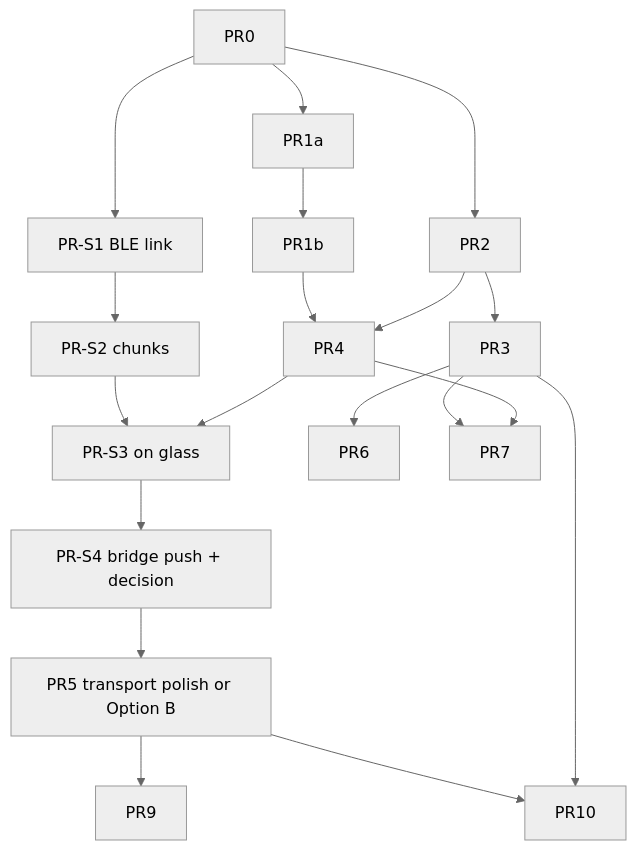
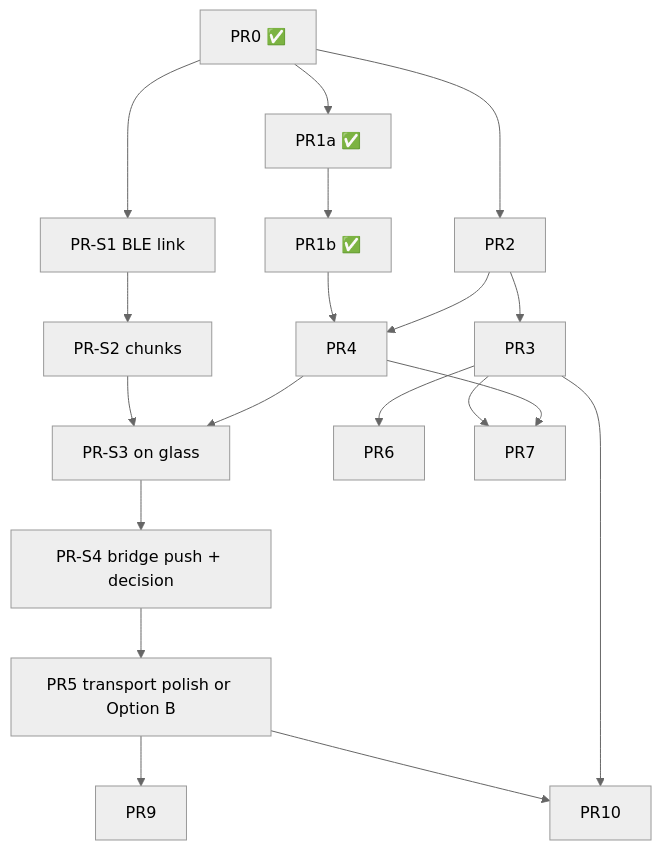
Before and after one commit to bakkerme/agent-control-deck: the third of 3 diagrams in docs/mvp-product-design.md, drawn with Mermaid (neutral theme). The commit also changed other lines of this file, not shown here.

````diff
--- a/docs/mvp-product-design.md
+++ b/docs/mvp-product-design.md
@@ -1204,20 +1213,20 @@
 ```mermaid
 flowchart TD
-  PR0 --> PR1a --> PR1b
+  PR0[PR0 ✅] --> PR1a[PR1a ✅] --> PR1b[PR1b ✅]
   PR0 --> PR2
   PR0 --> PRS1[PR-S1 BLE link]
   PRS1 --> PRS2[PR-S2 chunks]
   PR1b --> PR4
   PR2 --> PR4
   PR2 --> PR3
   PRS2 --> PRS3[PR-S3 on glass]
   PR4 --> PRS3
   PRS3 --> PRS4[PR-S4 bridge push + decision]
   PRS4 --> PR5[PR5 transport polish or Option B]
   PR3 --> PR6
   PR3 --> PR7
   PR4 --> PR7
   PR5 --> PR9
   PR5 --> PR10
   PR3 --> PR10
 ```
````
